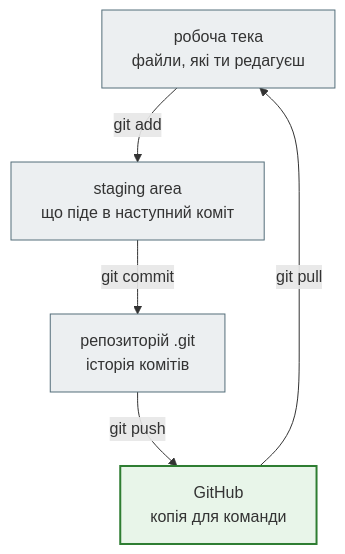
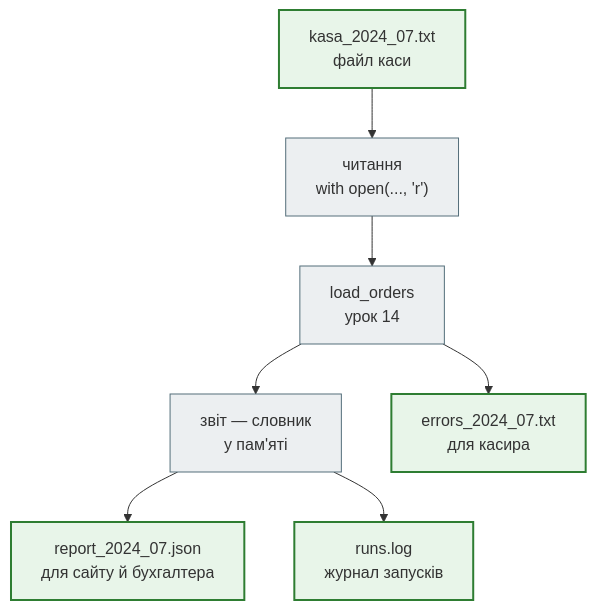
One commit to AlinaRadchenko/PY-Course-Victor-Nikoriak-22-09-2026 changed the diagram in docs/modules/m1/lesson_15.md. Above: the diagram before and after it, drawn with Mermaid. The commit also changed other lines of this file and 1846 other files, not shown here.

````diff
--- a/docs/modules/m1/lesson_15.md
+++ b/docs/modules/m1/lesson_15.md
@@ -89,16 +38,18 @@
 ```mermaid
 flowchart TD
     classDef step     fill:#eceff1,stroke:#546e7a,stroke-width:1px;
     classDef decision fill:#e3f2fd,stroke:#1565c0,stroke-width:2px;
     classDef success  fill:#e8f5e9,stroke:#2e7d32,stroke-width:2px;
     classDef error    fill:#ffebee,stroke:#c62828,stroke-width:3px;
     classDef warning  fill:#fff8e1,stroke:#e65100,stroke-width:2px;
 
-    W["робоча тека<br>файли, які ти редагуєш"] -- "git add" --> S["staging area<br>що піде в наступний коміт"]
-    S -- "git commit" --> R["репозиторій .git<br>історія комітів"]
-    R -- "git push" --> G["GitHub<br>копія для команди"]
-    G -- "git pull" --> W
+    K["kasa_2024_07.txt<br>файл каси"] --> R["читання<br>with open(..., 'r')"]
+    R --> P["load_orders<br>урок 14"]
+    P --> B["звіт — словник<br>у пам'яті"]
+    B --> J["report_2024_07.json<br>для сайту й бухгалтера"]
+    P --> E["errors_2024_07.txt<br>для касира"]
+    B --> L["runs.log<br>журнал запусків"]
 
-    class W,S,R step
-    class G success
+    class K,J,E,L success
+    class R,P,B step
 ```
````
